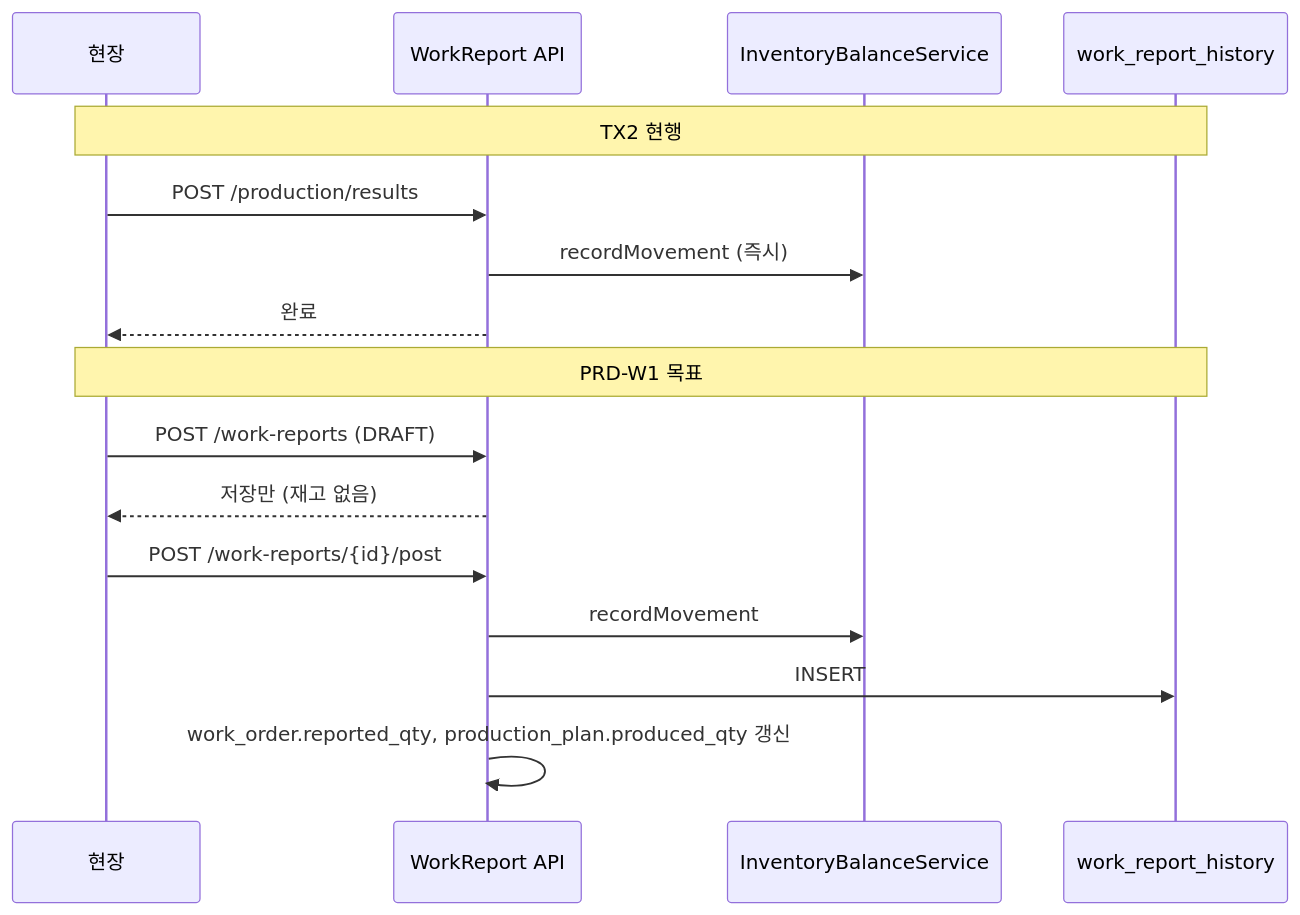
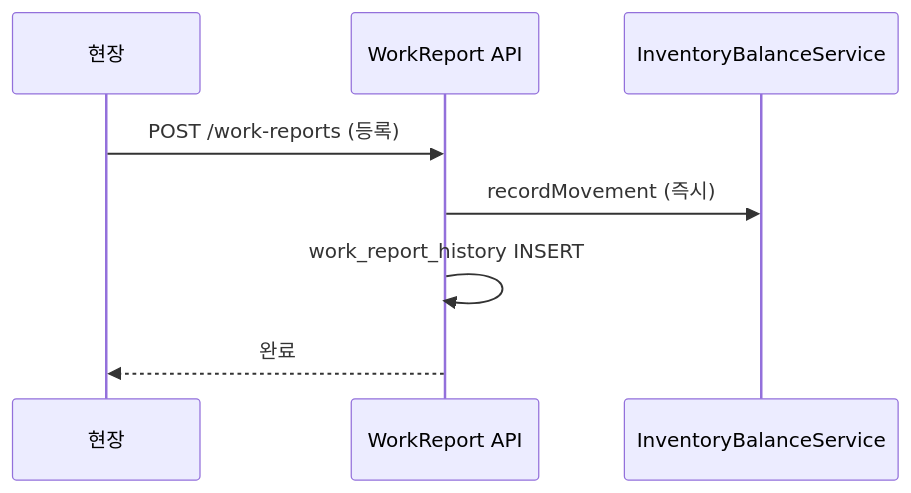
One commit to enazzim/smart changed the diagram in results/sample/production-work-report-mapping.md. Above: the diagram before and after it, drawn with Mermaid. The commit also changed other lines of this file and 422 other files, not shown here.

````diff
--- a/results/sample/production-work-report-mapping.md
+++ b/results/sample/production-work-report-mapping.md
@@ -306,20 +186,11 @@
 ```mermaid
 sequenceDiagram
     participant Shop as 현장
     participant API as WorkReport API
     participant Inv as InventoryBalanceService
-    participant Hist as work_report_history
 
-    Note over Shop,Hist: TX2 현행
-    Shop->>API: POST /production/results
+    Shop->>API: POST /work-reports (등록)
     API->>Inv: recordMovement (즉시)
+    API->>API: work_report_history INSERT
     API-->>Shop: 완료
-
-    Note over Shop,Hist: PRD-W1 목표
-    Shop->>API: POST /work-reports (DRAFT)
-    API-->>Shop: 저장만 (재고 없음)
-    Shop->>API: POST /work-reports/{id}/post
-    API->>Inv: recordMovement
-    API->>Hist: INSERT
-  API->>API: work_order.reported_qty, production_plan.produced_qty 갱신
 ```
````
